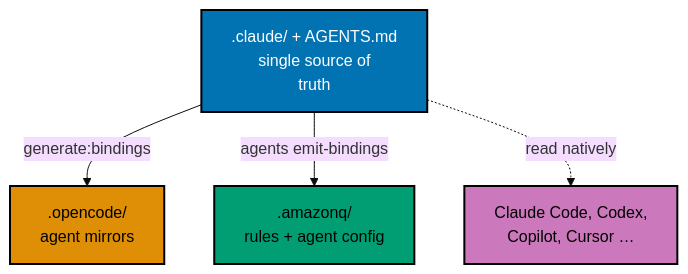
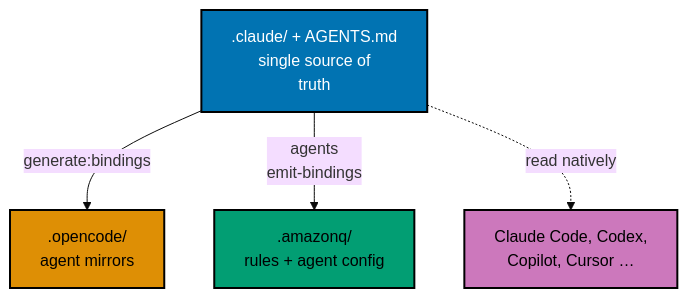
One commit to wahidyankf/ose-public changed the third of 3 diagrams in apps/ose-www/content/updates/2026-07-13-phase-1-week-22-hardening-the-substrate.md. Above: the diagram before and after it, drawn with Mermaid (base theme). The commit also changed other lines of this file and 220 other files, not shown here.

First line of the commit message:
docs: split mermaid labels to 20 graphemes and add palette defaults

````diff
--- a/apps/ose-www/content/updates/2026-07-13-phase-1-week-22-hardening-the-substrate.md
+++ b/apps/ose-www/content/updates/2026-07-13-phase-1-week-22-hardening-the-substrate.md
@@ -208,15 +210,16 @@
 ```mermaid
 %% Color Palette: Blue #0173B2 (source), Orange #DE8F05 (opencode), Teal #029E73 (amazonq), Purple #CC78BC (native)
 graph TB
     accTitle: Amazon Q: A Third Agent-Harness Binding
     accDescr: .claude/ + AGENTS.md single source of truth leads to .opencode/ agent mirrors via generate:bindings; .claude/ + AGENTS.md single source of truth leads to .amazonq/ rules + agent config via agents emit-bindings; and 1 more links.
     SRC[".claude/ + AGENTS.md<br/>single source of<br/>truth"]:::source
     SRC -->|"generate:bindings"| OC[".opencode/<br/>agent mirrors"]:::opencode
-    SRC -->|"agents emit-bindings"| AQ[".amazonq/<br/>rules + agent config"]:::amazonq
+    SRC -->|"agents<br/>emit-bindings"| AQ[".amazonq/<br/>rules + agent config"]:::amazonq
     SRC -.->|"read natively"| CC["Claude Code, Codex,<br/>Copilot, Cursor …"]:::native
 
     classDef source fill:#0173B2,stroke:#000000,color:#FFFFFF,stroke-width:2px
     classDef opencode fill:#DE8F05,stroke:#000000,color:#000000,stroke-width:2px
     classDef amazonq fill:#029E73,stroke:#000000,color:#000000,stroke-width:2px
     classDef native fill:#CC78BC,stroke:#000000,color:#000000,stroke-width:2px
+    classDef default fill:#FFFFFF,stroke:#000000,color:#000000
 ```
````
